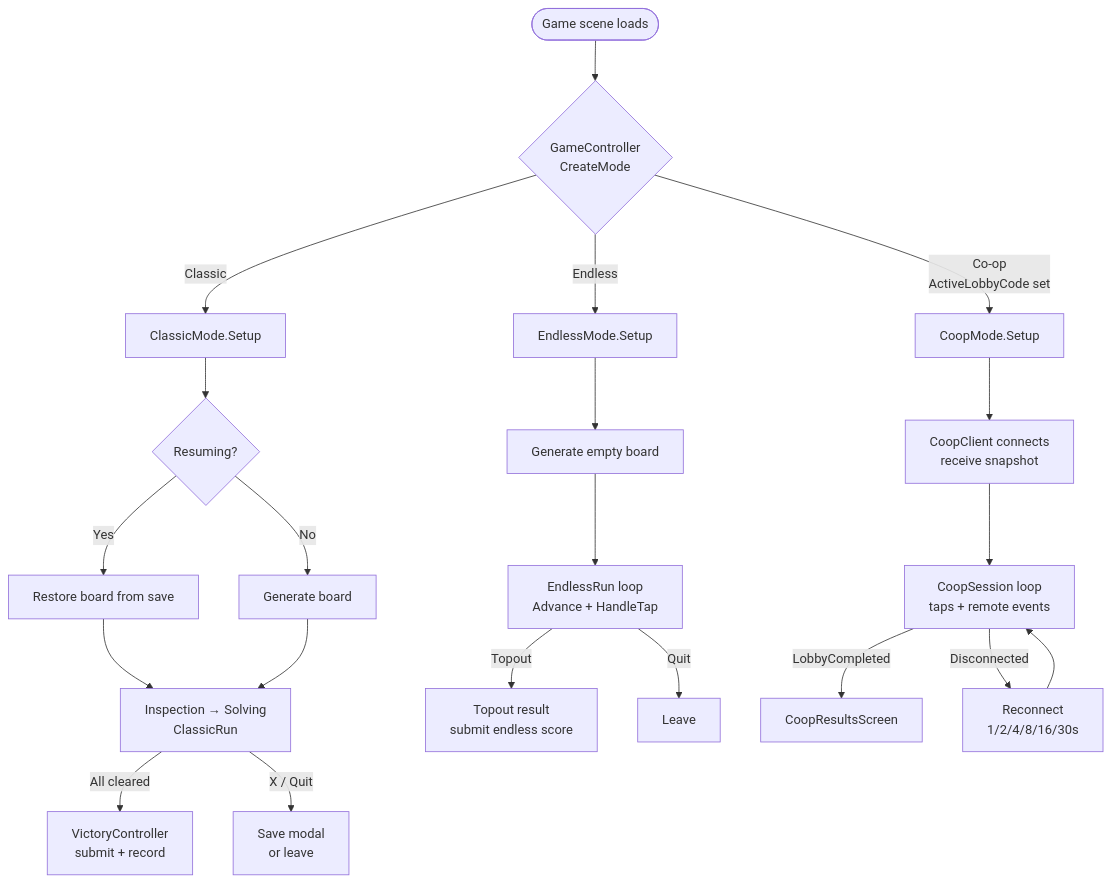
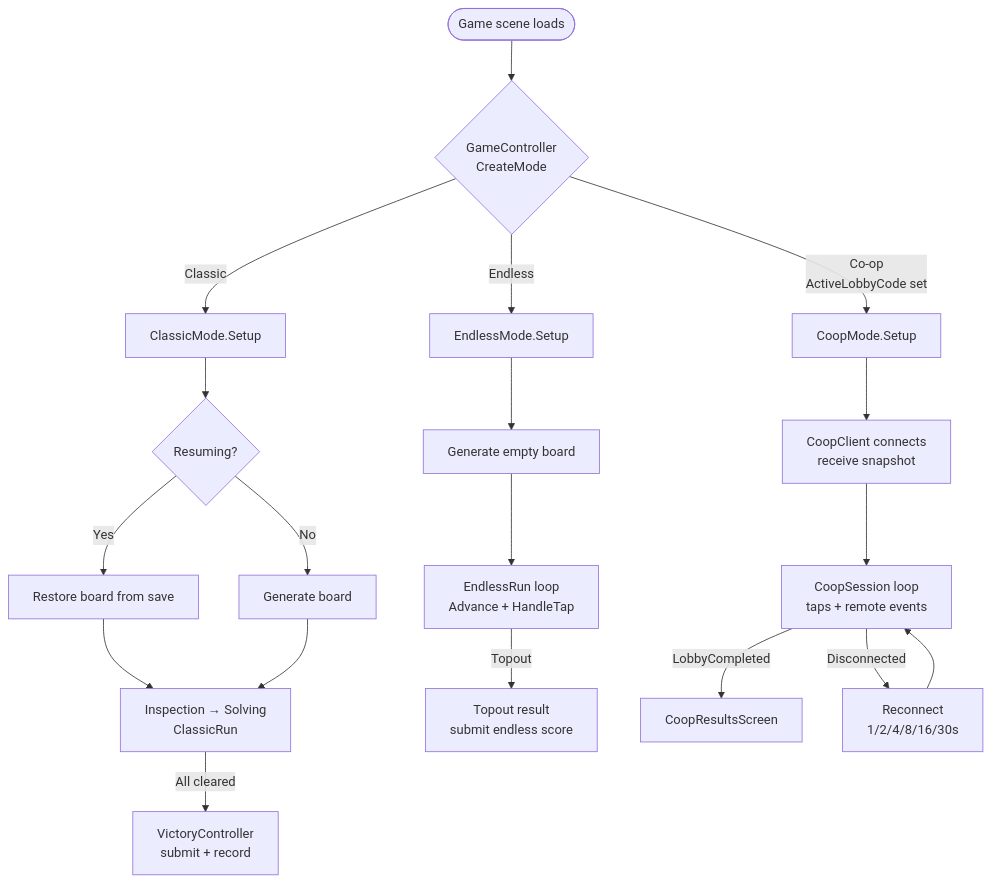
One commit to vicplusplus/arrow-thing changed the fourth of 5 diagrams in docs/TechnicalDesign.md. Above: the diagram before and after it, drawn with Mermaid. The commit also changed other lines of this file, not shown here.

First line of the commit message:
docs: drop back/cancel arrows from scene-flow diagrams

````diff
--- a/docs/TechnicalDesign.md
+++ b/docs/TechnicalDesign.md
@@ -302,26 +293,24 @@
 ```mermaid
 flowchart TD
     enter([Game scene loads]) --> pick{GameController<br/>CreateMode}
     pick -->|Classic| classicSetup[ClassicMode.Setup]
     pick -->|Endless| endlessSetup[EndlessMode.Setup]
     pick -->|Co-op<br/>ActiveLobbyCode set| coopSetup[CoopMode.Setup]
 
     classicSetup --> cinit{Resuming?}
     cinit -->|Yes| crestore[Restore board from save]
     cinit -->|No| cgen[Generate board]
     crestore --> cplay[Inspection → Solving<br/>ClassicRun]
     cgen --> cplay
     cplay -->|All cleared| cwin[VictoryController<br/>submit + record]
-    cplay -->|X / Quit| cleave[Save modal<br/>or leave]
 
     endlessSetup --> egen[Generate empty board]
     egen --> eloop[EndlessRun loop<br/>Advance + HandleTap]
     eloop -->|Topout| etopout[Topout result<br/>submit endless score]
-    eloop -->|Quit| eleave[Leave]
 
     coopSetup --> cwait[CoopClient connects<br/>receive snapshot]
     cwait --> cmplay[CoopSession loop<br/>taps + remote events]
     cmplay -->|LobbyCompleted| cmresult[CoopResultsScreen]
     cmplay -->|Disconnected| crecon[Reconnect<br/>1/2/4/8/16/30s]
     crecon --> cmplay
 ```
````
